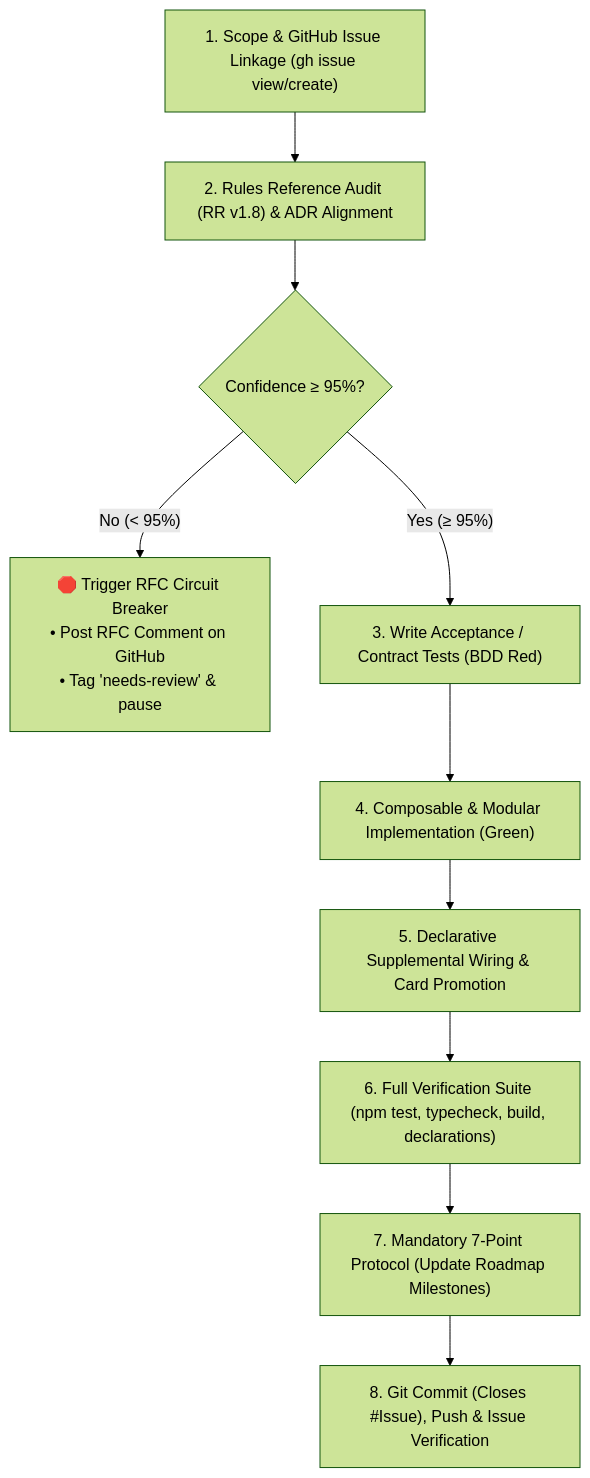
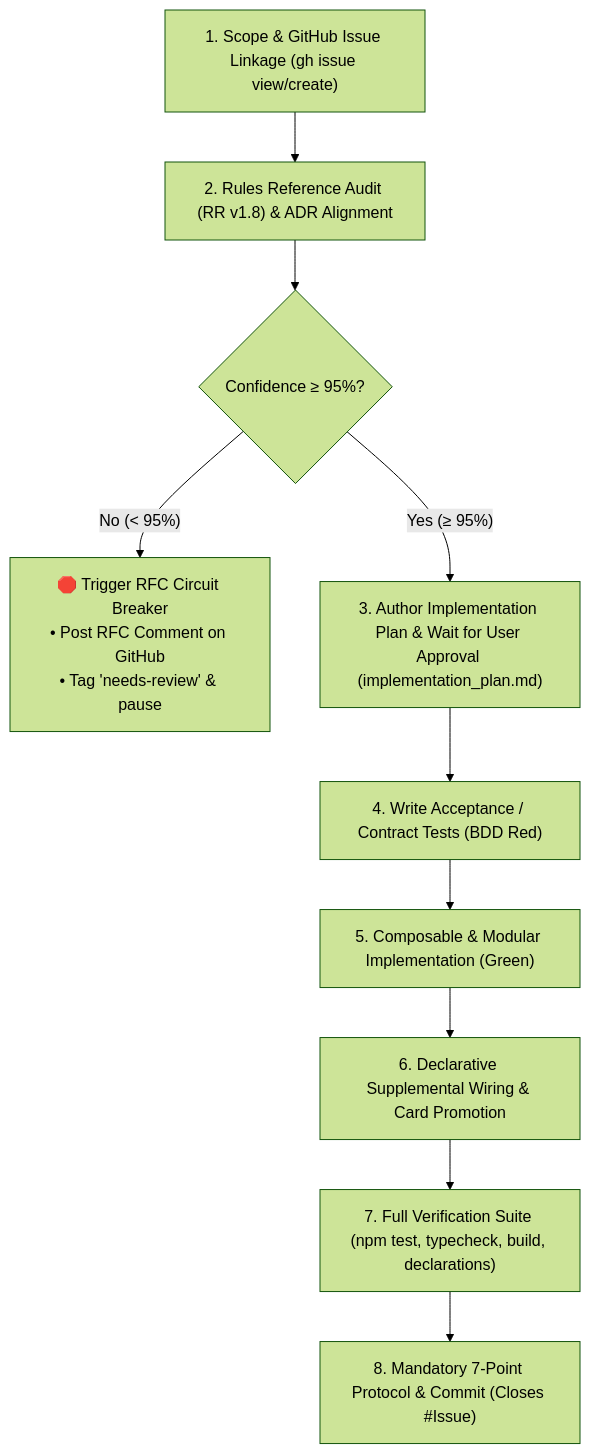
The diagram in .agents/skills/feature-delivery/SKILL.md (SteveRodrigue/MCD), drawn with Mermaid (forest theme) before and after one commit. The commit also changed other lines of this file and 1 other file, not shown here.

Commit message:
feat(skills): enforce mandatory implementation plan creation and user approval gate in feature-delivery and bug-fix skills

````diff
--- a/.agents/skills/feature-delivery/SKILL.md
+++ b/.agents/skills/feature-delivery/SKILL.md
@@ -102,12 +102,12 @@
 ```mermaid
 flowchart TD
     S1["1. Scope & GitHub Issue Linkage (gh issue view/create)"] --> S2["2. Rules Reference Audit (RR v1.8) & ADR Alignment"]
     S2 --> S2Check{"Confidence ≥ 95%?"}
     S2Check -- "No (< 95%)" --> RFC["🛑 Trigger RFC Circuit Breaker<br/>• Post RFC Comment on GitHub<br/>• Tag 'needs-review' & pause"]
-    S2Check -- "Yes (≥ 95%)" --> S3["3. Write Acceptance / Contract Tests (BDD Red)"]
-    S3 --> S4["4. Composable & Modular Implementation (Green)"]
-    S4 --> S5["5. Declarative Supplemental Wiring & Card Promotion"]
-    S5 --> S6["6. Full Verification Suite (npm test, typecheck, build, declarations)"]
-    S6 --> S7["7. Mandatory 7-Point Protocol (Update Roadmap Milestones)"]
-    S7 --> S8["8. Git Commit (Closes #Issue), Push & Issue Verification"]
+    S2Check -- "Yes (≥ 95%)" --> S3Plan["3. Author Implementation Plan & Wait for User Approval (implementation_plan.md)"]
+    S3Plan --> S4["4. Write Acceptance / Contract Tests (BDD Red)"]
+    S4 --> S5["5. Composable & Modular Implementation (Green)"]
+    S5 --> S6["6. Declarative Supplemental Wiring & Card Promotion"]
+    S6 --> S7["7. Full Verification Suite (npm test, typecheck, build, declarations)"]
+    S7 --> S8["8. Mandatory 7-Point Protocol & Commit (Closes #Issue)"]
 ```
````
